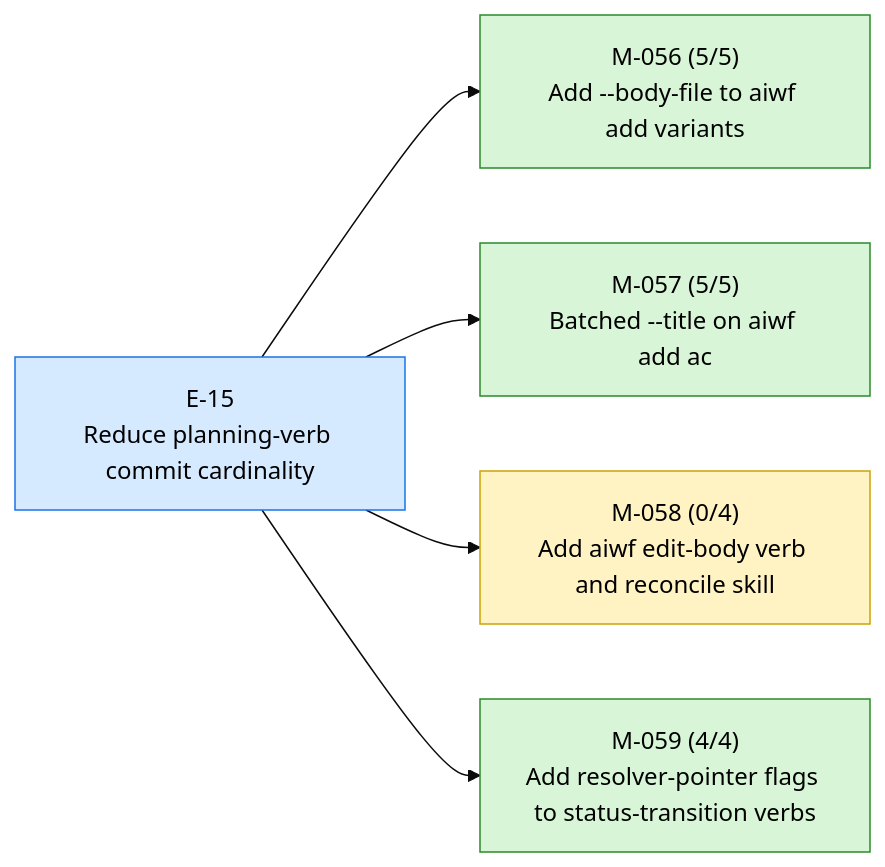
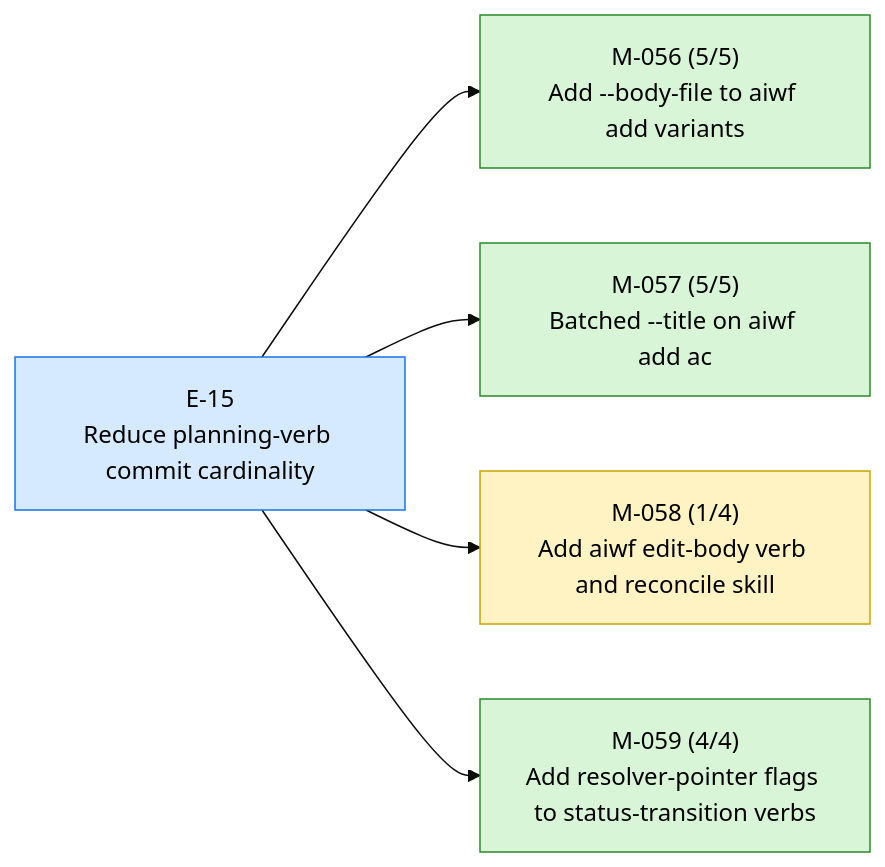
Before and after one commit to 23min/aiwf: the first of 3 diagrams in STATUS.md, drawn with Mermaid (base theme). The commit also changed other lines of this file and 1 other file, not shown here.

First line of the commit message:
aiwf promote M-058/AC-1 open -> met

````diff
--- a/STATUS.md
+++ b/STATUS.md
@@ -14,18 +14,18 @@
 ```mermaid
 flowchart LR
   E_15["E-15<br/>Reduce planning-verb commit cardinality"]:::epic_active
   M_056["M-056 (5/5)<br/>Add --body-file to aiwf add variants"]:::ms_done
   E_15 --> M_056
   M_057["M-057 (5/5)<br/>Batched --title on aiwf add ac"]:::ms_done
   E_15 --> M_057
-  M_058["M-058 (0/4)<br/>Add aiwf edit-body verb and reconcile skill"]:::ms_in_progress
+  M_058["M-058 (1/4)<br/>Add aiwf edit-body verb and reconcile skill"]:::ms_in_progress
   E_15 --> M_058
   M_059["M-059 (4/4)<br/>Add resolver-pointer flags to status-transition verbs"]:::ms_done
   E_15 --> M_059
   classDef epic_active fill:#d6eaff,stroke:#1a73e8,color:#000
   classDef epic_proposed fill:#f4f4f4,stroke:#888,color:#000
   classDef ms_done fill:#d8f5d8,stroke:#2a8a2a,color:#000
   classDef ms_in_progress fill:#fff3c4,stroke:#caa400,color:#000
   classDef ms_draft fill:#f4f4f4,stroke:#888,color:#000
   classDef ms_cancelled fill:#fbeaea,stroke:#c33,color:#000
 ```
````
